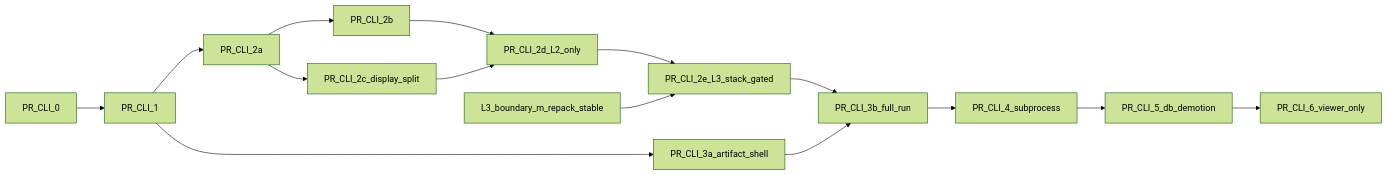
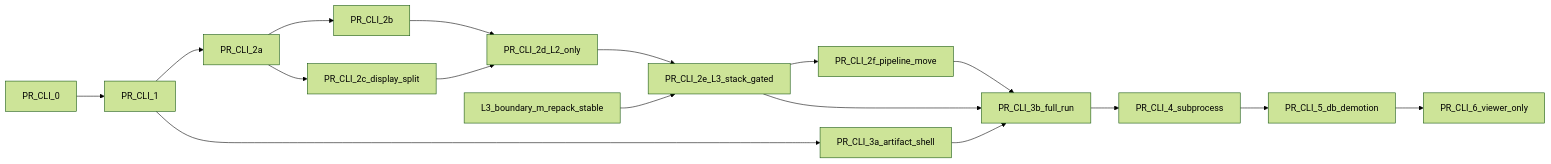
The diagram in docs/superpowers/plans/2026-05-30-asteroid-lab-cli-first/README.md (tigers2020/Shapez2Factory), drawn with Mermaid (forest theme) before and after one commit. The commit also changed other lines of this file and 44 other files, not shown here.

````diff
--- a/docs/superpowers/plans/2026-05-30-asteroid-lab-cli-first/README.md
+++ b/docs/superpowers/plans/2026-05-30-asteroid-lab-cli-first/README.md
@@ -81,17 +83,19 @@
 ```mermaid
 flowchart LR
   CLI0[PR_CLI_0] --> CLI1[PR_CLI_1]
   CLI1 --> CLI2a[PR_CLI_2a]
   CLI2a --> CLI2b[PR_CLI_2b]
   CLI2a --> CLI2c[PR_CLI_2c_display_split]
   CLI2b --> CLI2d[PR_CLI_2d_L2_only]
   CLI2c --> CLI2d
   CLI2d --> CLI2e[PR_CLI_2e_L3_stack_gated]
   L3stable[L3_boundary_m_repack_stable] --> CLI2e
+  CLI2e --> CLI2f[PR_CLI_2f_pipeline_move]
   CLI1 --> CLI3a[PR_CLI_3a_artifact_shell]
-  CLI2e --> CLI3b[PR_CLI_3b_full_run]
+  CLI2f --> CLI3b[PR_CLI_3b_full_run]
+  CLI2e --> CLI3b
   CLI3a --> CLI3b
   CLI3b --> CLI4[PR_CLI_4_subprocess]
   CLI4 --> CLI5[PR_CLI_5_db_demotion]
   CLI5 --> CLI6[PR_CLI_6_viewer_only]
 ```
````
